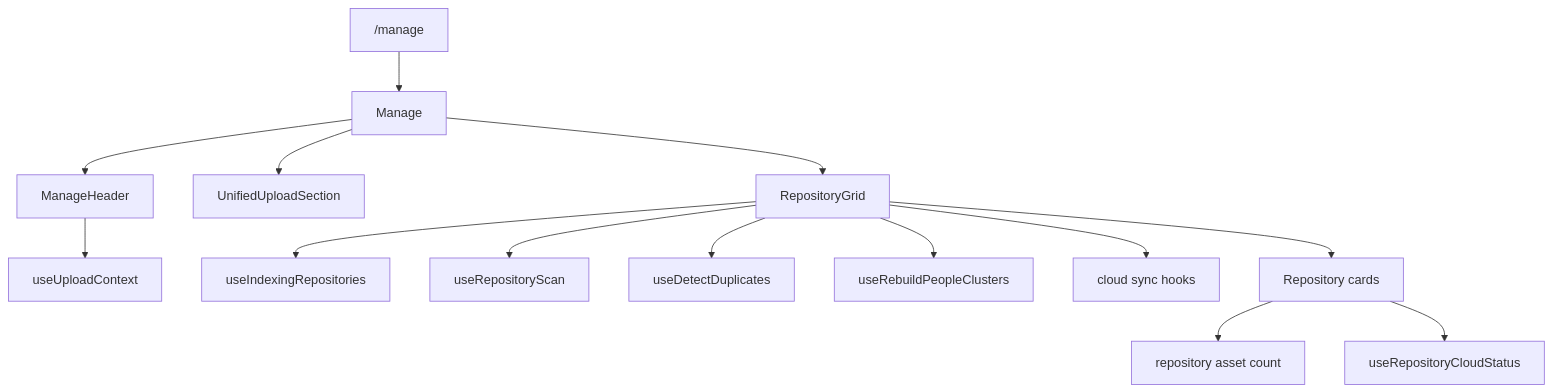
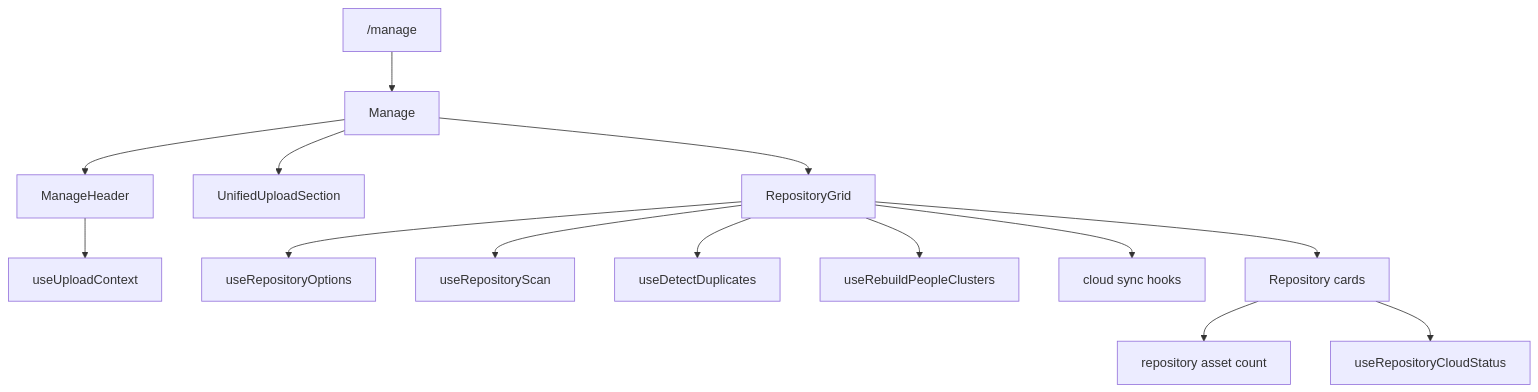
One commit to EdwinZhanCN/Lumilio-Photos changed the diagram in web/src/features/manage/doc.md. Above: the diagram before and after it, drawn with Mermaid. The commit also changed other lines of this file and 42 other files, not shown here.

````diff
--- a/web/src/features/manage/doc.md
+++ b/web/src/features/manage/doc.md
@@ -56,16 +56,16 @@
 ```mermaid
 flowchart TD
     ROUTE["/manage"] --> PAGE["Manage"]
     PAGE --> HEADER["ManageHeader"]
     PAGE --> UPLOAD["UnifiedUploadSection"]
     PAGE --> GRID["RepositoryGrid"]
     HEADER --> UCTX["useUploadContext"]
-    GRID --> REPOS["useIndexingRepositories"]
+    GRID --> REPOS["useRepositoryOptions"]
     GRID --> SCAN["useRepositoryScan"]
     GRID --> DUP["useDetectDuplicates"]
     GRID --> PEOPLE["useRebuildPeopleClusters"]
     GRID --> CLOUD["cloud sync hooks"]
     GRID --> CARD["Repository cards"]
     CARD --> COUNT["repository asset count"]
     CARD --> STATUS["useRepositoryCloudStatus"]
 ```
````
